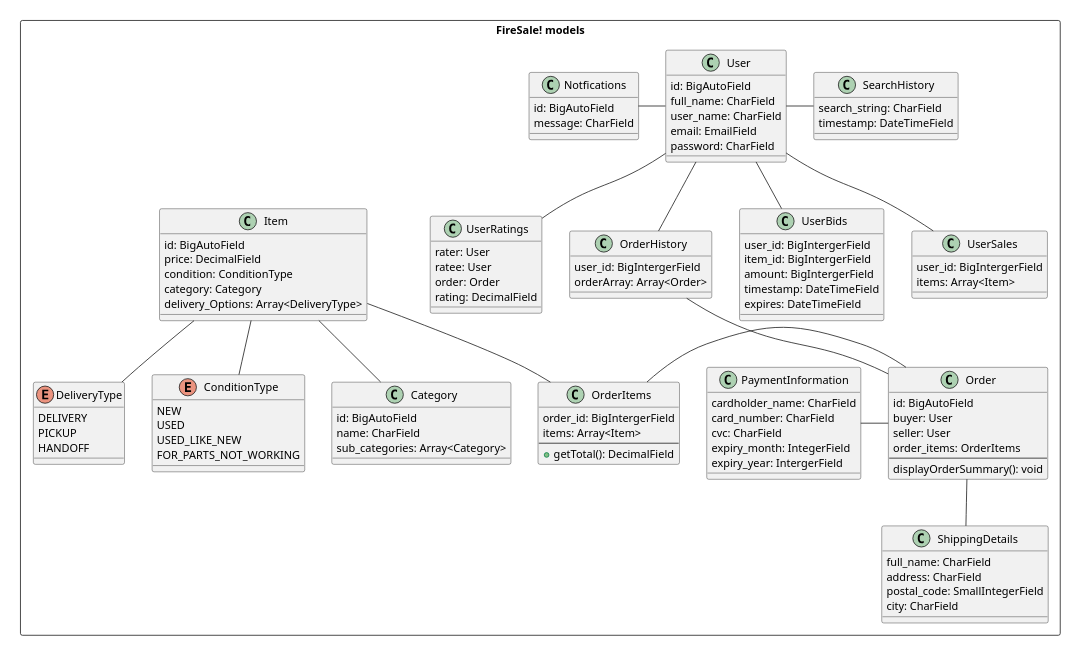
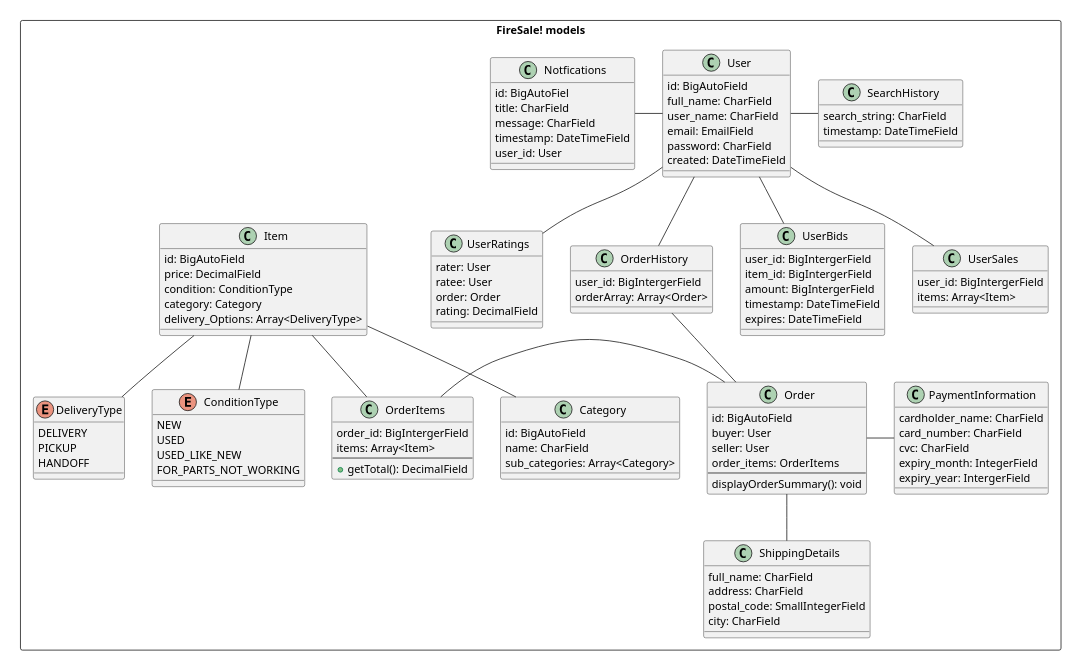
Before and after one commit to T-220-VLN2-H2/Code: the diagram in docs/diagrams/clsModels.pu, drawn with PlantUML. The commit also changed 15 other files, not shown here.

```diff
--- a/docs/diagrams/clsModels.pu
+++ b/docs/diagrams/clsModels.pu
@@ -1,115 +1,119 @@
 @startuml FireSale!
 scale 0.42
 'scale 1.5 | scale 200 width | scale 100 height | scale [max] 200x100
 rectangle "FireSale! models" as models{
     class User {
         id: BigAutoField
         full_name: CharField
         user_name: CharField
         email: EmailField
         password: CharField
+        created: DateTimeField
     }
     class Order {
         id: BigAutoField
         buyer: User
         seller: User
         order_items: OrderItems
         --
         displayOrderSummary(): void
     }
     class OrderItems {
         order_id: BigIntergerField
         items: Array<Item>
         --
         + getTotal(): DecimalField
     }
     class OrderHistory{
         user_id: BigIntergerField
         orderArray: Array<Order>
     }
     class PaymentInformation {
         cardholder_name: CharField
         card_number: CharField
         cvc: CharField
         expiry_month: IntegerField
         expiry_year: IntergerField
 
     }
     class ShippingDetails {
         full_name: CharField
         address: CharField
         postal_code: SmallIntegerField
         city: CharField
     }
     class Item{
         id: BigAutoField
         price: DecimalField
         condition: ConditionType
         category: Category
         delivery_Options: Array<DeliveryType>
 
     }
     enum ConditionType {
         NEW
         USED
         USED_LIKE_NEW
         FOR_PARTS_NOT_WORKING
     }
     class SearchHistory{
         search_string: CharField
         timestamp: DateTimeField
     }
     class Category{
         id: BigAutoField
         name: CharField
         sub_categories: Array<Category>
     }
     class UserBids {
         user_id: BigIntergerField
         item_id: BigIntergerField
         amount: BigIntergerField
         timestamp: DateTimeField
         expires: DateTimeField
 
     }
     class UserSales {
         user_id: BigIntergerField
         items: Array<Item>
     }
     class UserRatings {
         rater: User
         ratee: User
         order: Order
         rating: DecimalField
     }
     class Notfications {
-        id: BigAutoField
+        id: BigAutoFiel
+        title: CharField
         message: CharField
+        timestamp: DateTimeField
+        user_id: User
     }
     enum DeliveryType {
         DELIVERY
         PICKUP
         HANDOFF
     }
     User -d- OrderHistory
     User - SearchHistory
 
     OrderHistory -d- Order
     OrderItems -l- Order
     OrderItems -u- Item
 
     UserBids -u- User
     UserSales -u- User
     UserRatings -u- User
 
     Item -- ConditionType
     Item -d- Category
     Item -d- DeliveryType
 
-    Order -l- PaymentInformation
+    Order -r- PaymentInformation
     Order -d- ShippingDetails
 
     User -l- Notfications
 }
 
 @enduml
```
